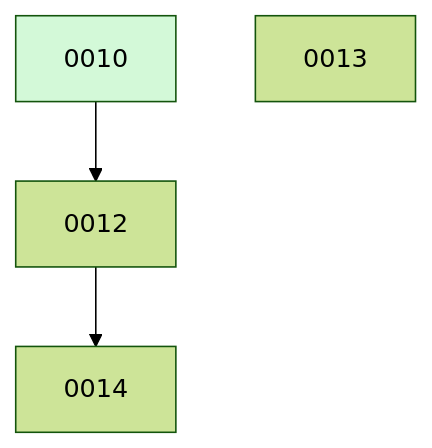
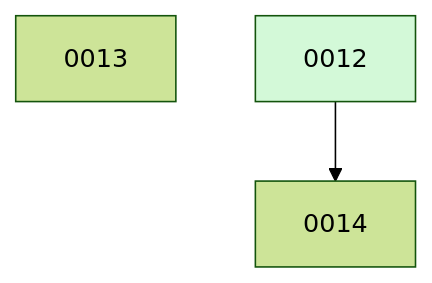
One commit to ethanhinson/fuse changed the diagram in docs/changes/BOARD.md. Above: the diagram before and after it, drawn with Mermaid (forest theme). The commit also changed other lines of this file, not shown here.

````diff
--- a/docs/changes/BOARD.md
+++ b/docs/changes/BOARD.md
@@ -13,8 +12,7 @@
 ```mermaid
 graph TD
-  0010 --> 0012
   0013
   0012 --> 0014
-  0010:::done
+  0012:::done
   classDef done fill:#d3f9d8;
 ```
````
